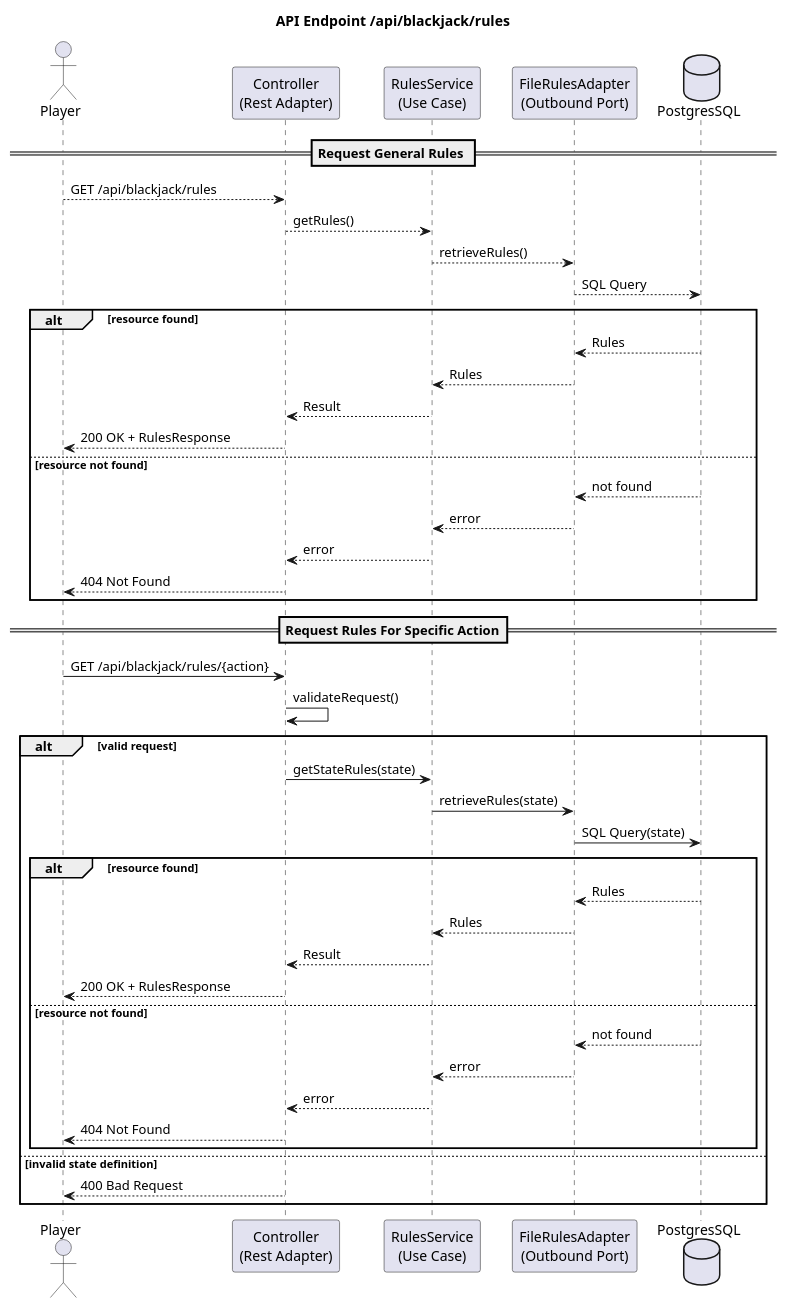
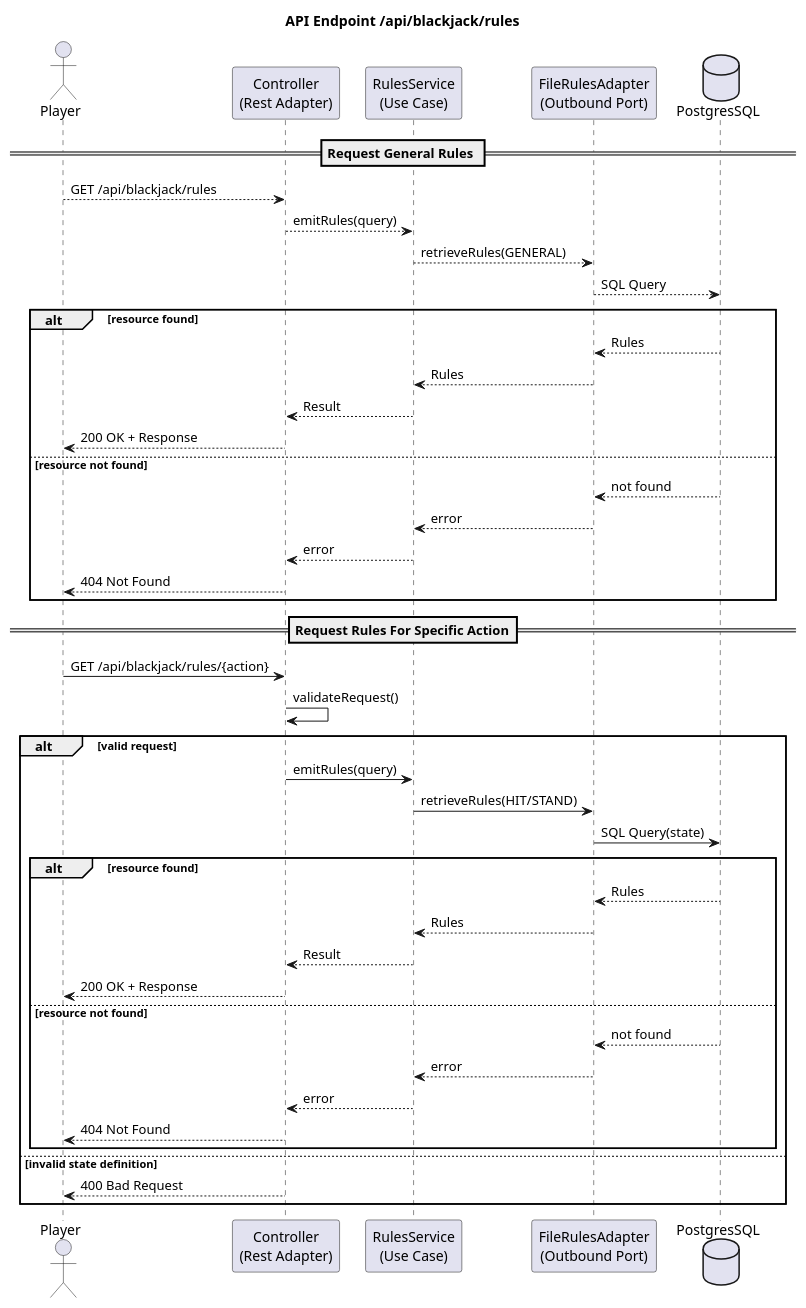
The diagram in docs/uml/sequence_diagram_rules.puml (voelkerh/Blackjack), drawn with PlantUML before and after one commit.

Commit message:
Adjust rules uml to actual queries

```diff
--- a/docs/uml/sequence_diagram_rules.puml
+++ b/docs/uml/sequence_diagram_rules.puml
@@ -1,62 +1,62 @@
 @startuml
 title API Endpoint /api/blackjack/rules
 actor Player
 
 participant "Controller\n(Rest Adapter)" as Controller
 participant "RulesService\n(Use Case)" as Service
 participant "FileRulesAdapter\n(Outbound Port)" as Adapter
 database PostgresSQL
 
 == Request General Rules ==
 
     Player --> Controller : GET /api/blackjack/rules
-    Controller --> Service : getRules()
-    Service --> Adapter : retrieveRules()
+    Controller --> Service : emitRules(query)
+    Service --> Adapter : retrieveRules(GENERAL)
     Adapter --> PostgresSQL : SQL Query
 
 alt resource found
 
     PostgresSQL --> Adapter : Rules
     Adapter --> Service : Rules
     Service --> Controller : Result
-    Controller --> Player : 200 OK + RulesResponse
+    Controller --> Player : 200 OK + Response
 
 else resource not found
     PostgresSQL --> Adapter : not found
     Adapter --> Service : error
     Service --> Controller : error
     Controller --> Player : 404 Not Found
 
 end
 
 == Request Rules For Specific Action==
 
 Player -> Controller : GET /api/blackjack/rules/{action}
 Controller -> Controller : validateRequest()
 
 alt valid request
 
-        Controller -> Service : getStateRules(state)
-        Service -> Adapter : retrieveRules(state)
+        Controller -> Service : emitRules(query)
+        Service -> Adapter : retrieveRules(HIT/STAND)
         Adapter -> PostgresSQL : SQL Query(state)
 
     alt resource found
         PostgresSQL --> Adapter : Rules
         Adapter --> Service : Rules
         Service --> Controller : Result
-        Controller --> Player : 200 OK + RulesResponse
+        Controller --> Player : 200 OK + Response
 
     else resource not found
         PostgresSQL --> Adapter : not found
         Adapter --> Service : error
         Service --> Controller : error
         Controller --> Player : 404 Not Found
     end
 
 else invalid state definition
 
     Controller --> Player : 400 Bad Request
 
 end
 
 @enduml
```
